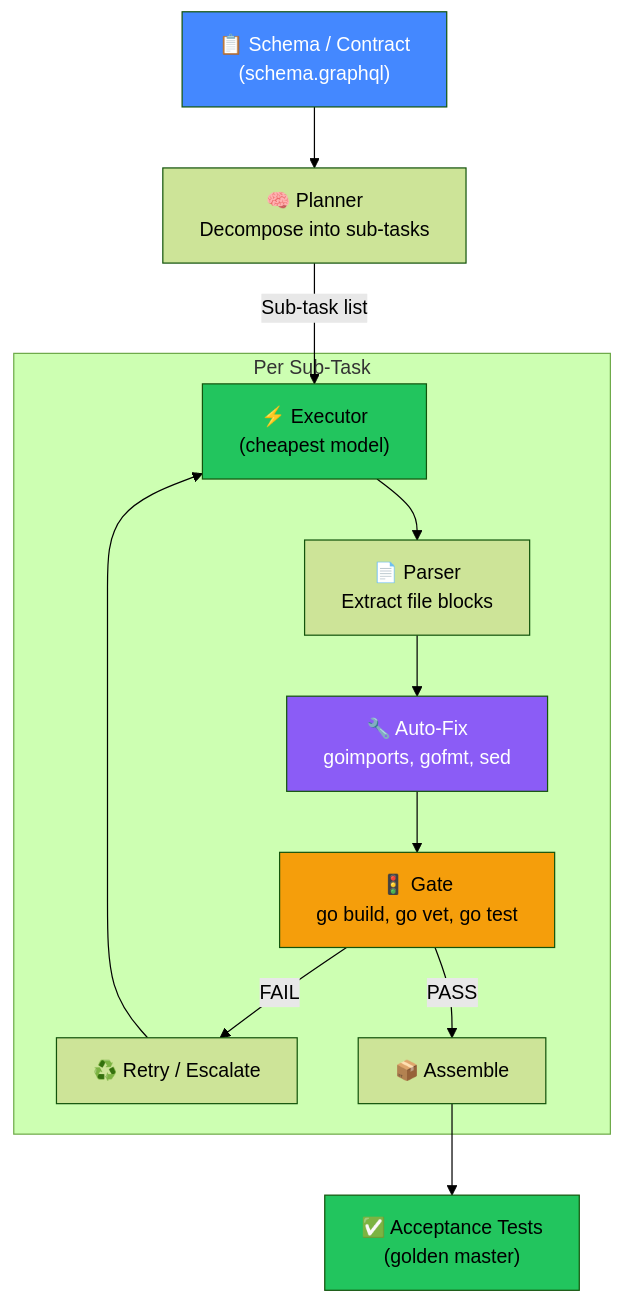
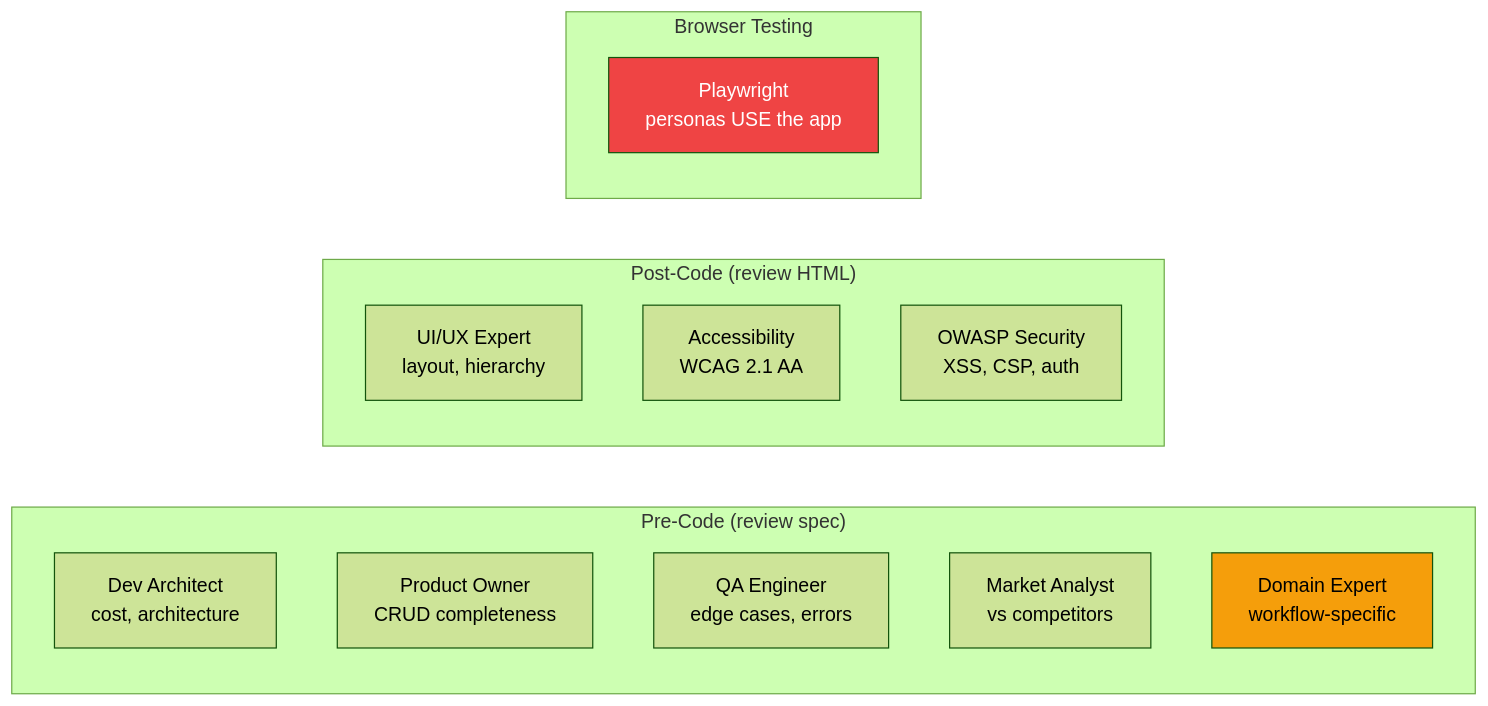
The second of 2 diagrams in experiments/INDEX.md (jonathanleahy/ai-code-orchestration-research), drawn with Mermaid (forest theme) before and after one commit. The commit also changed other lines of this file, not shown here.

First line of the commit message:
docs: complete research documentation — 32 experiments, 8 reviewers, Playwright essential

````diff
--- a/experiments/INDEX.md
+++ b/experiments/INDEX.md
@@ -83,25 +90,23 @@
 ```mermaid
-graph TD
-    Schema["📋 Schema / Contract<br/>(schema.graphql)"]
-
-    Schema --> Planner["🧠 Planner<br/>Decompose into sub-tasks"]
-    Planner --> |"Sub-task list"| Executor
-
-    subgraph "Per Sub-Task"
-        Executor["⚡ Executor<br/>(cheapest model)"]
-        Executor --> Parser["📄 Parser<br/>Extract file blocks"]
-        Parser --> AutoFix["🔧 Auto-Fix<br/>goimports, gofmt, sed"]
-        AutoFix --> Gate["🚦 Gate<br/>go build, go vet, go test"]
-        Gate --> |FAIL| Retry["♻️ Retry / Escalate"]
-        Retry --> Executor
-        Gate --> |PASS| Assemble
+graph LR
+    subgraph "Pre-Code (review spec)"
+        R1["Dev Architect<br/>cost, architecture"]
+        R2["Product Owner<br/>CRUD completeness"]
+        R3["QA Engineer<br/>edge cases, errors"]
+        R4["Market Analyst<br/>vs competitors"]
+        R5["Domain Expert<br/>workflow-specific"]
     end
 
-    Assemble["📦 Assemble"] --> Accept["✅ Acceptance Tests<br/>(golden master)"]
+    subgraph "Post-Code (review HTML)"
+        R6["UI/UX Expert<br/>layout, hierarchy"]
+        R7["Accessibility<br/>WCAG 2.1 AA"]
+        R8["OWASP Security<br/>XSS, CSP, auth"]
+    end
 
-    style Schema fill:#4488ff,color:#fff
-    style Executor fill:#22c55e,color:#000
-    style AutoFix fill:#8b5cf6,color:#fff
-    style Gate fill:#f59e0b,color:#000
-    style Accept fill:#22c55e,color:#000
+    subgraph "Browser Testing"
+        R9["Playwright<br/>personas USE the app"]
+    end
+
+    style R5 fill:#f59e0b,color:#000
+    style R9 fill:#ef4444,color:#fff
 ```
````
